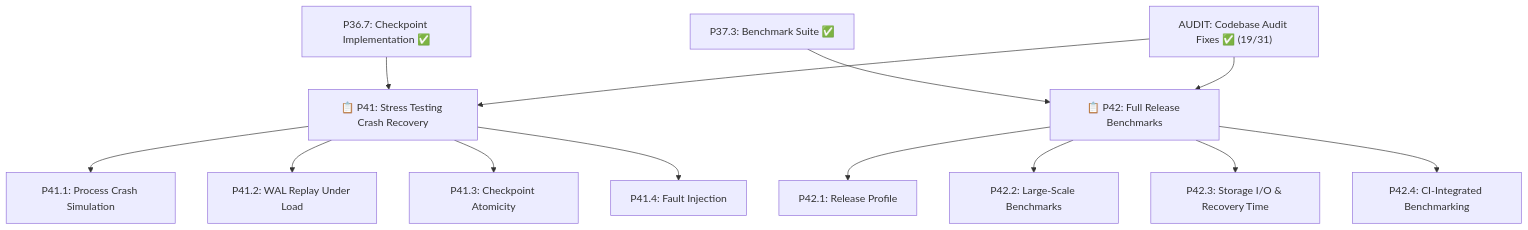
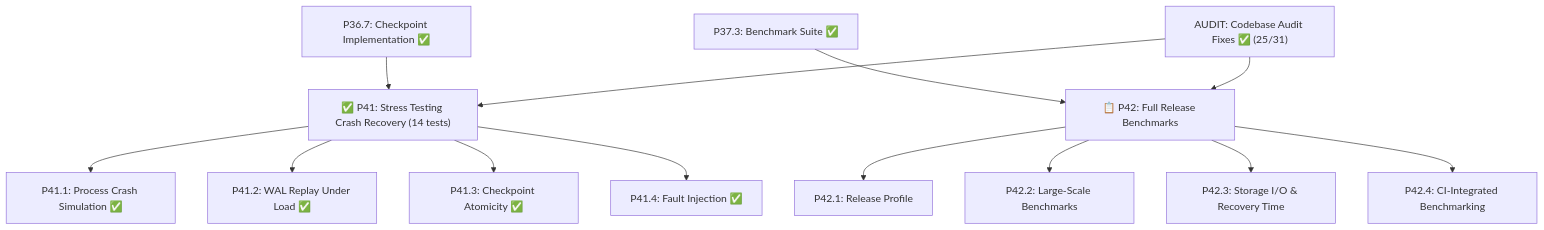
The diagram in akar-core/implementation_plan.md (mlengse/akar), drawn with Mermaid before and after one commit. The commit also changed other lines of this file and 16 other files, not shown here.

First line of the commit message:
test(P41): implement crash recovery stress testing and MVCC enhancements

````diff
--- a/akar-core/implementation_plan.md
+++ b/akar-core/implementation_plan.md
@@ -231,15 +207,15 @@
 ```mermaid
 graph TD
-    P36_7["P36.7: Checkpoint Implementation ✅"] --> P41["📋 P41: Stress Testing Crash Recovery"]
+    P36_7["P36.7: Checkpoint Implementation ✅"] --> P41["✅ P41: Stress Testing Crash Recovery (14 tests)"]
     P37_3["P37.3: Benchmark Suite ✅"] --> P42["📋 P42: Full Release Benchmarks"]
-    AUDIT["AUDIT: Codebase Audit Fixes ✅ (19/31)"] --> P41
+    AUDIT["AUDIT: Codebase Audit Fixes ✅ (25/31)"] --> P41
     AUDIT --> P42
-    P41 --> P41_1["P41.1: Process Crash Simulation"]
-    P41 --> P41_2["P41.2: WAL Replay Under Load"]
-    P41 --> P41_3["P41.3: Checkpoint Atomicity"]
-    P41 --> P41_4["P41.4: Fault Injection"]
+    P41 --> P41_1["P41.1: Process Crash Simulation ✅"]
+    P41 --> P41_2["P41.2: WAL Replay Under Load ✅"]
+    P41 --> P41_3["P41.3: Checkpoint Atomicity ✅"]
+    P41 --> P41_4["P41.4: Fault Injection ✅"]
     P42 --> P42_1["P42.1: Release Profile"]
     P42 --> P42_2["P42.2: Large-Scale Benchmarks"]
     P42 --> P42_3["P42.3: Storage I/O & Recovery Time"]
     P42 --> P42_4["P42.4: CI-Integrated Benchmarking"]
 ```
````
